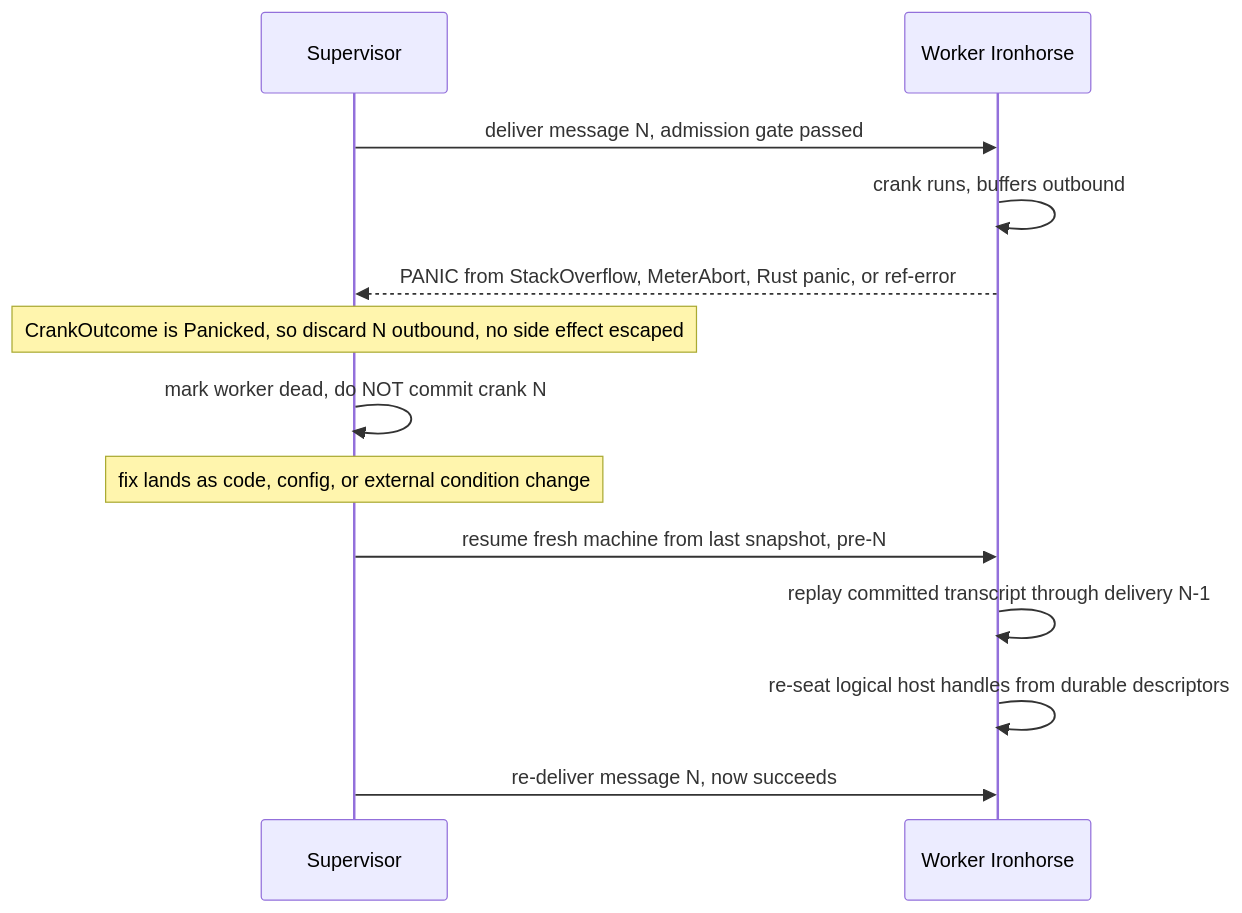
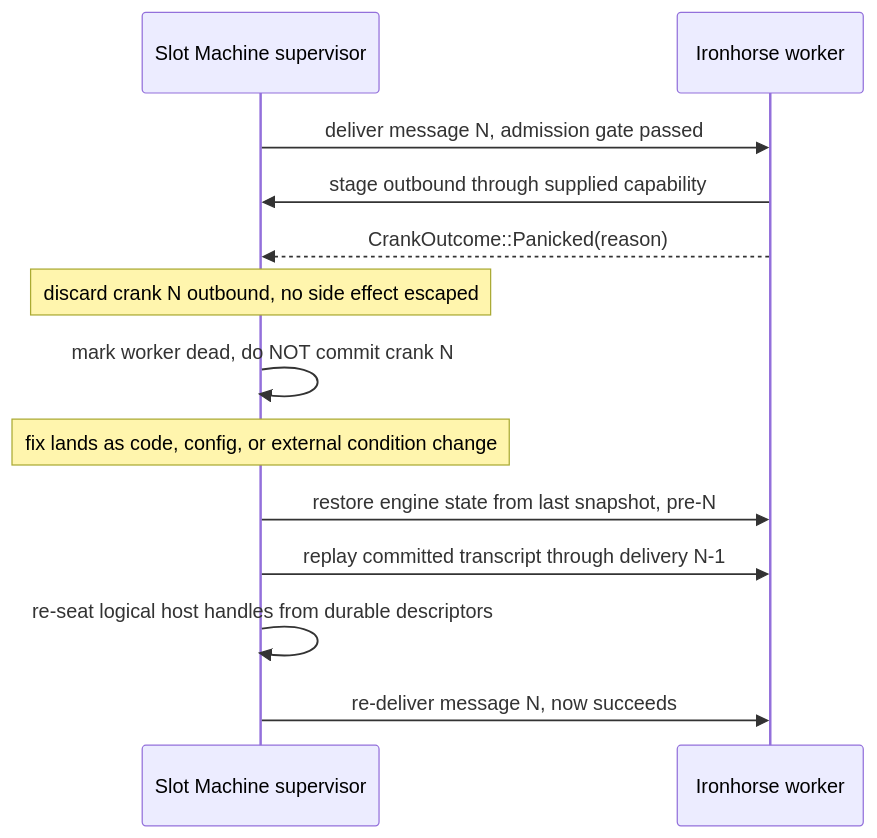
One commit to endojs/endo-but-for-bots changed the second of 2 diagrams in designs/ironhorse-panic.md. Above: the diagram before and after it, drawn with Mermaid. The commit also changed other lines of this file and 1 other file, not shown here.

Commit message:
docs(ironhorse): clarify Slot Machine recovery boundary (#1018)

````diff
--- a/designs/ironhorse-panic.md
+++ b/designs/ironhorse-panic.md
@@ -706,15 +758,15 @@
 ```mermaid
 sequenceDiagram
-    participant Sup as Supervisor
-    participant W as Worker Ironhorse
-    Sup->>W: deliver message N, admission gate passed
-    W->>W: crank runs, buffers outbound
-    W-->>Sup: PANIC from StackOverflow, MeterAbort, Rust panic, or ref-error
-    Note over Sup: CrankOutcome is Panicked, so discard N outbound, no side effect escaped
-    Sup->>Sup: mark worker dead, do NOT commit crank N
-    Note over Sup: fix lands as code, config, or external condition change
-    Sup->>W: resume fresh machine from last snapshot, pre-N
-    W->>W: replay committed transcript through delivery N-1
-    W->>W: re-seat logical host handles from durable descriptors
-    Sup->>W: re-deliver message N, now succeeds
+    participant SM as Slot Machine supervisor
+    participant IH as Ironhorse worker
+    SM->>IH: deliver message N, admission gate passed
+    IH->>SM: stage outbound through supplied capability
+    IH-->>SM: CrankOutcome::Panicked(reason)
+    Note over SM: discard crank N outbound, no side effect escaped
+    SM->>SM: mark worker dead, do NOT commit crank N
+    Note over SM: fix lands as code, config, or external condition change
+    SM->>IH: restore engine state from last snapshot, pre-N
+    SM->>IH: replay committed transcript through delivery N-1
+    SM->>SM: re-seat logical host handles from durable descriptors
+    SM->>IH: re-deliver message N, now succeeds
 ```
````
